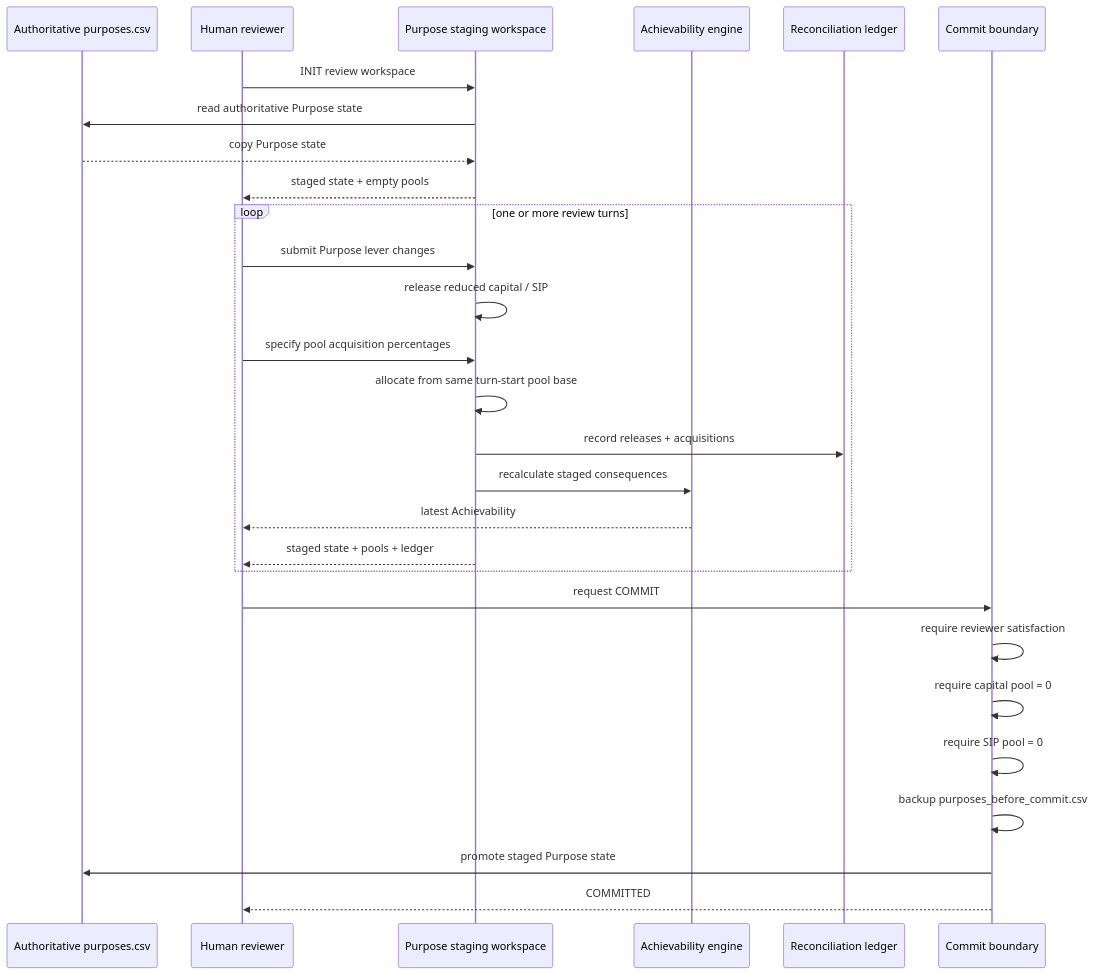
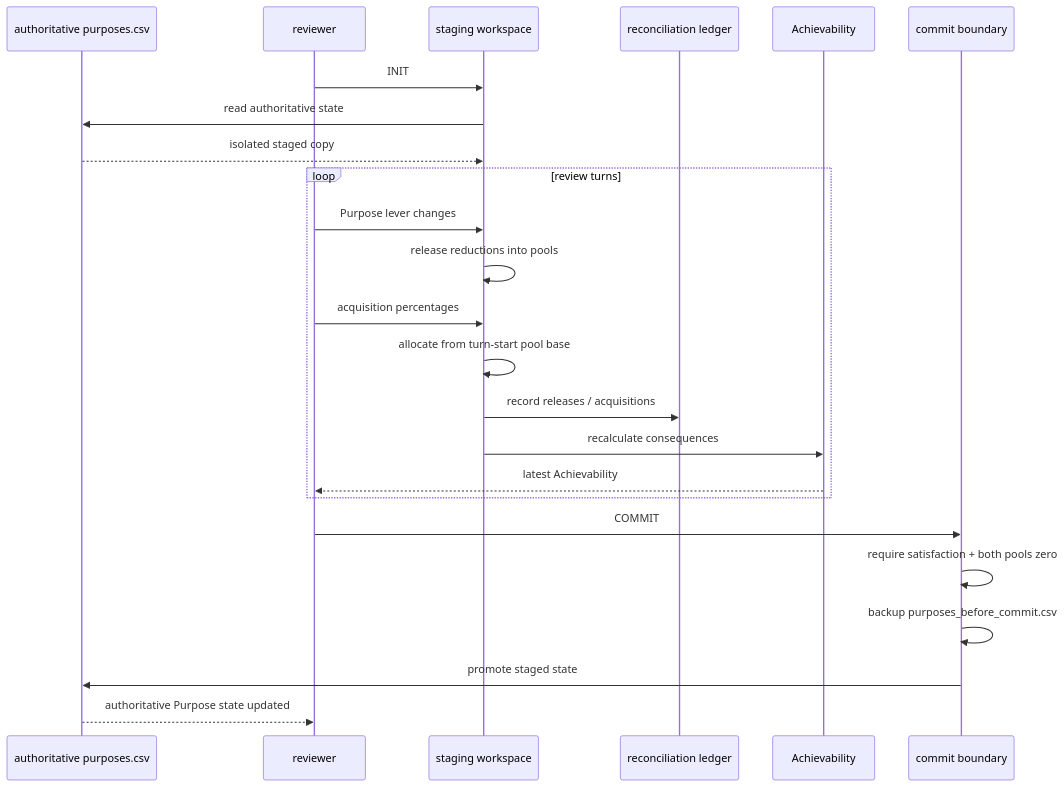
Before and after one commit to rrajeshkannan/lakshya: diagram 11 of 13 in docs/Lakshya_Pipeline_Sequence.md, drawn with Mermaid. The commit also changed other lines of this file, not shown here.

Commit message:
DOCS: extend pipeline sequence through transition boundary

````diff
--- a/docs/Lakshya_Pipeline_Sequence.md
+++ b/docs/Lakshya_Pipeline_Sequence.md
@@ -511,33 +334,27 @@
 ```mermaid
 sequenceDiagram
-    participant Source as Authoritative purposes.csv
-    participant Reviewer as Human reviewer
-    participant Workspace as Purpose staging workspace
-    participant Achievability as Achievability engine
-    participant Ledger as Reconciliation ledger
-    participant Commit as Commit boundary
+    participant Source as authoritative purposes.csv
+    participant Reviewer as reviewer
+    participant Stage as staging workspace
+    participant Ledger as reconciliation ledger
+    participant Ach as Achievability
+    participant Commit as commit boundary
 
-    Reviewer->>Workspace: INIT review workspace
-    Workspace->>Source: read authoritative Purpose state
-    Source-->>Workspace: copy Purpose state
-    Workspace-->>Reviewer: staged state + empty pools
-
-    loop one or more review turns
-        Reviewer->>Workspace: submit Purpose lever changes
-        Workspace->>Workspace: release reduced capital / SIP
-        Reviewer->>Workspace: specify pool acquisition percentages
-        Workspace->>Workspace: allocate from same turn-start pool base
-        Workspace->>Ledger: record releases + acquisitions
-        Workspace->>Achievability: recalculate staged consequences
-        Achievability-->>Reviewer: latest Achievability
-        Workspace-->>Reviewer: staged state + pools + ledger
+    Reviewer->>Stage: INIT
+    Stage->>Source: read authoritative state
+    Source-->>Stage: isolated staged copy
+    loop review turns
+        Reviewer->>Stage: Purpose lever changes
+        Stage->>Stage: release reductions into pools
+        Reviewer->>Stage: acquisition percentages
+        Stage->>Stage: allocate from turn-start pool base
+        Stage->>Ledger: record releases / acquisitions
+        Stage->>Ach: recalculate consequences
+        Ach-->>Reviewer: latest Achievability
     end
-
-    Reviewer->>Commit: request COMMIT
-    Commit->>Commit: require reviewer satisfaction
-    Commit->>Commit: require capital pool = 0
-    Commit->>Commit: require SIP pool = 0
+    Reviewer->>Commit: COMMIT
+    Commit->>Commit: require satisfaction + both pools zero
     Commit->>Commit: backup purposes_before_commit.csv
-    Commit->>Source: promote staged Purpose state
-    Commit-->>Reviewer: COMMITTED
+    Commit->>Source: promote staged state
+    Source-->>Reviewer: authoritative Purpose state updated
 ```
````
